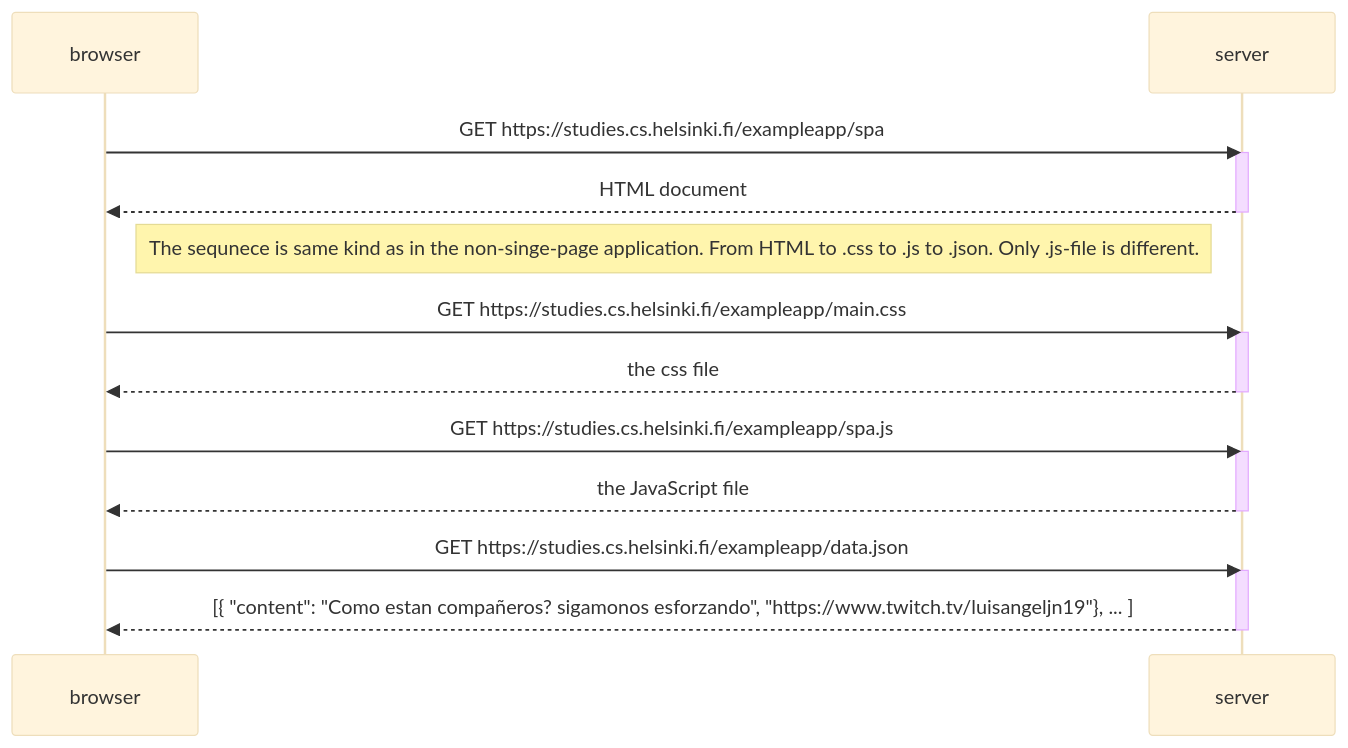
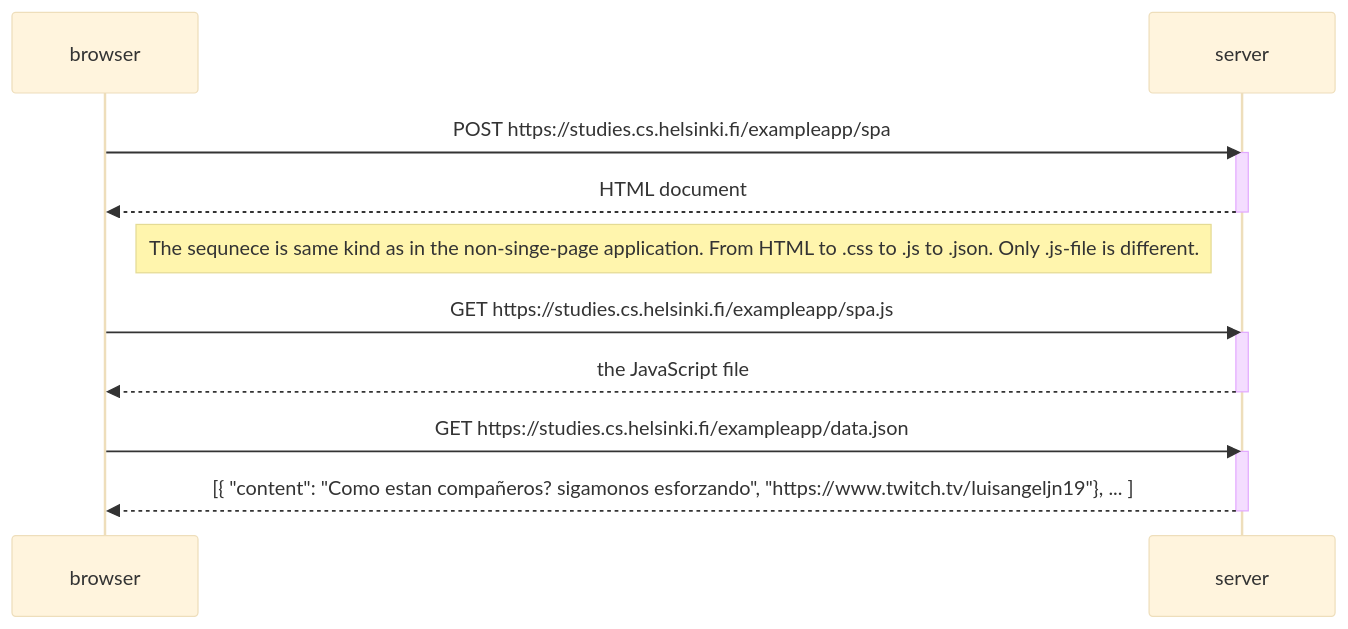
One commit to jussiiih/Full-Stack-Open changed the diagram in osa0/0.5: Single Page App.md. Above: the diagram before and after it, drawn with Mermaid (base theme).

Commit message:
Update 0.5: Single Page App.md

````diff
--- a/osa0/0.5: Single Page App.md
+++ b/osa0/0.5: Single Page App.md
@@ -1,27 +1,24 @@
 ```mermaid
 sequenceDiagram
     participant browser
     participant server
 
-    browser->>server: GET https://studies.cs.helsinki.fi/exampleapp/spa
+    browser->>server: POST https://studies.cs.helsinki.fi/exampleapp/spa
     activate server
     server-->>browser: HTML document
     deactivate server
     
     Note right of browser: The sequnece is same kind as in the non-singe-page application. From HTML to .css to .js to .json. Only .js-file is different. 
     
-    browser->>server: GET https://studies.cs.helsinki.fi/exampleapp/main.css
-    activate server
-    server-->>browser: the css file
-    deactivate server
+
     
     browser->>server: GET https://studies.cs.helsinki.fi/exampleapp/spa.js
     activate server
     server-->>browser: the JavaScript file
     deactivate server
   
     browser->>server: GET https://studies.cs.helsinki.fi/exampleapp/data.json
     activate server
     server-->>browser: [{ "content": "Como estan compañeros? sigamonos esforzando", "https://www.twitch.tv/luisangeljn19"}, ... ]
     deactivate server
 ```
````
